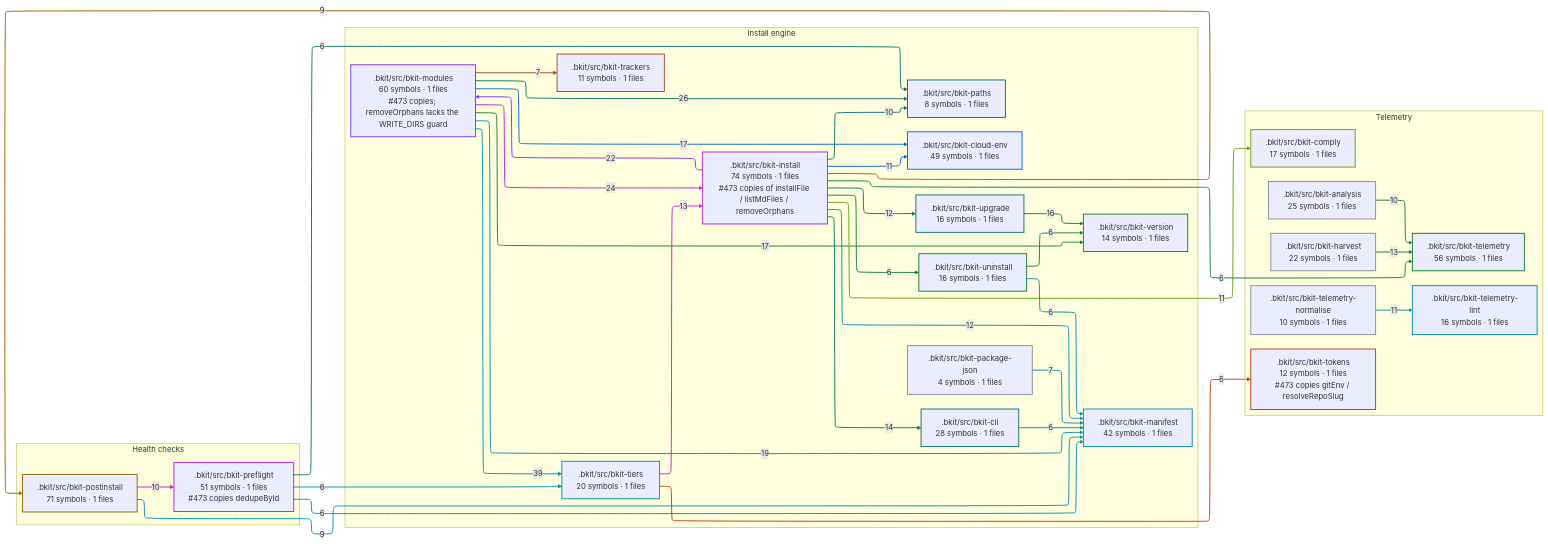
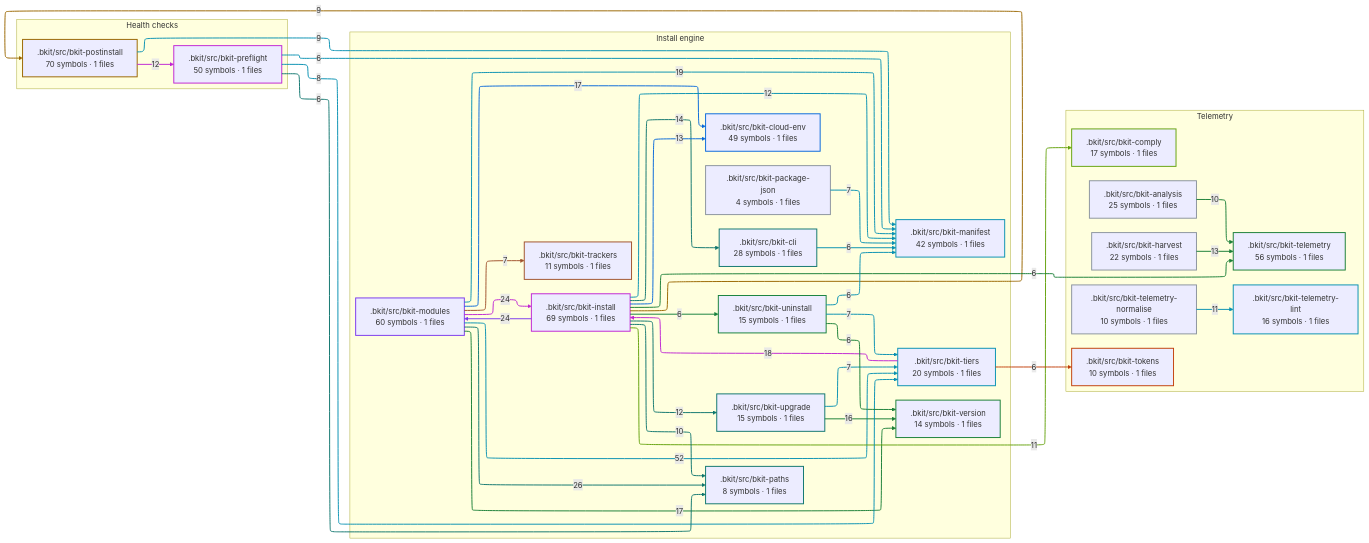
The third of 3 diagrams in docs/capabilities.md (cbartens/bkit), drawn with Mermaid before and after one commit. The commit also changed other lines of this file and 30 other files, not shown here.

First line of the commit message:
fix(502): one copy of each duplicated helper, and .bkit/.env loads export lines

````diff
--- a/docs/capabilities.md
+++ b/docs/capabilities.md
@@ -194,23 +189,23 @@
     useMaxWidth: false
 ---
 flowchart LR
-  %% GENERATED by bkit-graphify-rollup.py from 726e0f32ad125d655edf1085c2fe80a87f4382fb — do not edit
+  %% GENERATED by bkit-graphify-rollup.py from b5a442601f101d27d718aefb99b70868e53623c9 — do not edit
   subgraph gncustom_health_checks["Health checks"]
-    n_bkit_src_bkit_postinstall[".bkit/src/bkit-postinstall<br/>71 symbols · 1 files"]
-    n_bkit_src_bkit_preflight[".bkit/src/bkit-preflight<br/>51 symbols · 1 files<br/>#473 copies dedupeById"]
+    n_bkit_src_bkit_postinstall[".bkit/src/bkit-postinstall<br/>70 symbols · 1 files"]
+    n_bkit_src_bkit_preflight[".bkit/src/bkit-preflight<br/>50 symbols · 1 files"]
   end
   subgraph gncustom_install_engine["Install engine"]
     n_bkit_src_bkit_cli[".bkit/src/bkit-cli<br/>28 symbols · 1 files"]
     n_bkit_src_bkit_cloud_env[".bkit/src/bkit-cloud-env<br/>49 symbols · 1 files"]
-    n_bkit_src_bkit_install[".bkit/src/bkit-install<br/>74 symbols · 1 files<br/>#473 copies of installFile / listMdFiles / removeOrphans"]
+    n_bkit_src_bkit_install[".bkit/src/bkit-install<br/>69 symbols · 1 files"]
     n_bkit_src_bkit_manifest[".bkit/src/bkit-manifest<br/>42 symbols · 1 files"]
-    n_bkit_src_bkit_modules[".bkit/src/bkit-modules<br/>60 symbols · 1 files<br/>#473 copies; removeOrphans lacks the WRITE_DIRS guard"]
+    n_bkit_src_bkit_modules[".bkit/src/bkit-modules<br/>60 symbols · 1 files"]
     n_bkit_src_bkit_package_json[".bkit/src/bkit-package-json<br/>4 symbols · 1 files"]
     n_bkit_src_bkit_paths[".bkit/src/bkit-paths<br/>8 symbols · 1 files"]
     n_bkit_src_bkit_tiers[".bkit/src/bkit-tiers<br/>20 symbols · 1 files"]
     n_bkit_src_bkit_trackers[".bkit/src/bkit-trackers<br/>11 symbols · 1 files"]
-    n_bkit_src_bkit_uninstall[".bkit/src/bkit-uninstall<br/>16 symbols · 1 files"]
-    n_bkit_src_bkit_upgrade[".bkit/src/bkit-upgrade<br/>16 symbols · 1 files"]
+    n_bkit_src_bkit_uninstall[".bkit/src/bkit-uninstall<br/>15 symbols · 1 files"]
+    n_bkit_src_bkit_upgrade[".bkit/src/bkit-upgrade<br/>15 symbols · 1 files"]
     n_bkit_src_bkit_version[".bkit/src/bkit-version<br/>14 symbols · 1 files"]
   end
   subgraph gncustom_telemetry["Telemetry"]
@@ -220,36 +215,38 @@
     n_bkit_src_bkit_telemetry[".bkit/src/bkit-telemetry<br/>56 symbols · 1 files"]
     n_bkit_src_bkit_telemetry_lint[".bkit/src/bkit-telemetry-lint<br/>16 symbols · 1 files"]
     n_bkit_src_bkit_telemetry_normalise[".bkit/src/bkit-telemetry-normalise<br/>10 symbols · 1 files"]
-    n_bkit_src_bkit_tokens[".bkit/src/bkit-tokens<br/>12 symbols · 1 files<br/>#473 copies gitEnv / resolveRepoSlug"]
+    n_bkit_src_bkit_tokens[".bkit/src/bkit-tokens<br/>10 symbols · 1 files"]
   end
-  n_bkit_src_bkit_modules -->|39| n_bkit_src_bkit_tiers
+  n_bkit_src_bkit_modules -->|52| n_bkit_src_bkit_tiers
   n_bkit_src_bkit_modules -->|26| n_bkit_src_bkit_paths
+  n_bkit_src_bkit_install -->|24| n_bkit_src_bkit_modules
   n_bkit_src_bkit_modules -->|24| n_bkit_src_bkit_install
-  n_bkit_src_bkit_install -->|22| n_bkit_src_bkit_modules
   n_bkit_src_bkit_modules -->|19| n_bkit_src_bkit_manifest
+  n_bkit_src_bkit_tiers -->|18| n_bkit_src_bkit_install
   n_bkit_src_bkit_modules -->|17| n_bkit_src_bkit_cloud_env
   n_bkit_src_bkit_modules -->|17| n_bkit_src_bkit_version
   n_bkit_src_bkit_upgrade -->|16| n_bkit_src_bkit_version
   n_bkit_src_bkit_install -->|14| n_bkit_src_bkit_cli
   n_bkit_src_bkit_harvest -->|13| n_bkit_src_bkit_telemetry
-  n_bkit_src_bkit_tiers -->|13| n_bkit_src_bkit_install
+  n_bkit_src_bkit_install -->|13| n_bkit_src_bkit_cloud_env
   n_bkit_src_bkit_install -->|12| n_bkit_src_bkit_upgrade
   n_bkit_src_bkit_install -->|12| n_bkit_src_bkit_manifest
+  n_bkit_src_bkit_postinstall -->|12| n_bkit_src_bkit_preflight
   n_bkit_src_bkit_install -->|11| n_bkit_src_bkit_comply
-  n_bkit_src_bkit_install -->|11| n_bkit_src_bkit_cloud_env
   n_bkit_src_bkit_telemetry_normalise -->|11| n_bkit_src_bkit_telemetry_lint
   n_bkit_src_bkit_analysis -->|10| n_bkit_src_bkit_telemetry
   n_bkit_src_bkit_install -->|10| n_bkit_src_bkit_paths
-  n_bkit_src_bkit_postinstall -->|10| n_bkit_src_bkit_preflight
   n_bkit_src_bkit_install -->|9| n_bkit_src_bkit_postinstall
   n_bkit_src_bkit_postinstall -->|9| n_bkit_src_bkit_manifest
+  n_bkit_src_bkit_preflight -->|8| n_bkit_src_bkit_tiers
   n_bkit_src_bkit_modules -->|7| n_bkit_src_bkit_trackers
   n_bkit_src_bkit_package_json -->|7| n_bkit_src_bkit_manifest
+  n_bkit_src_bkit_uninstall -->|7| n_bkit_src_bkit_tiers
+  n_bkit_src_bkit_upgrade -->|7| n_bkit_src_bkit_tiers
   n_bkit_src_bkit_cli -->|6| n_bkit_src_bkit_manifest
   n_bkit_src_bkit_install -->|6| n_bkit_src_bkit_telemetry
   n_bkit_src_bkit_install -->|6| n_bkit_src_bkit_uninstall
   n_bkit_src_bkit_preflight -->|6| n_bkit_src_bkit_paths
-  n_bkit_src_bkit_preflight -->|6| n_bkit_src_bkit_tiers
   n_bkit_src_bkit_preflight -->|6| n_bkit_src_bkit_manifest
   n_bkit_src_bkit_tiers -->|6| n_bkit_src_bkit_tokens
   n_bkit_src_bkit_uninstall -->|6| n_bkit_src_bkit_manifest
@@ -277,34 +274,36 @@
   style n_bkit_src_bkit_tokens stroke:#c2410c,stroke-width:2px
   linkStyle 0 stroke:#0891b2,stroke-width:2px
   linkStyle 1 stroke:#0f766e,stroke-width:2px
-  linkStyle 2 stroke:#c026d3,stroke-width:2px
-  linkStyle 3 stroke:#7c3aed,stroke-width:2px
+  linkStyle 2 stroke:#7c3aed,stroke-width:2px
+  linkStyle 3 stroke:#c026d3,stroke-width:2px
   linkStyle 4 stroke:#0891b2,stroke-width:2px
-  linkStyle 5 stroke:#0969da,stroke-width:2px
-  linkStyle 6 stroke:#1a7f37,stroke-width:2px
+  linkStyle 5 stroke:#c026d3,stroke-width:2px
+  linkStyle 6 stroke:#0969da,stroke-width:2px
   linkStyle 7 stroke:#1a7f37,stroke-width:2px
-  linkStyle 8 stroke:#0f766e,stroke-width:2px
-  linkStyle 9 stroke:#1a7f37,stroke-width:2px
-  linkStyle 10 stroke:#c026d3,stroke-width:2px
-  linkStyle 11 stroke:#0f766e,stroke-width:2px
-  linkStyle 12 stroke:#0891b2,stroke-width:2px
-  linkStyle 13 stroke:#65a30d,stroke-width:2px
-  linkStyle 14 stroke:#0969da,stroke-width:2px
-  linkStyle 15 stroke:#0891b2,stroke-width:2px
-  linkStyle 16 stroke:#1a7f37,stroke-width:2px
-  linkStyle 17 stroke:#0f766e,stroke-width:2px
-  linkStyle 18 stroke:#c026d3,stroke-width:2px
+  linkStyle 8 stroke:#1a7f37,stroke-width:2px
+  linkStyle 9 stroke:#0f766e,stroke-width:2px
+  linkStyle 10 stroke:#1a7f37,stroke-width:2px
+  linkStyle 11 stroke:#0969da,stroke-width:2px
+  linkStyle 12 stroke:#0f766e,stroke-width:2px
+  linkStyle 13 stroke:#0891b2,stroke-width:2px
+  linkStyle 14 stroke:#c026d3,stroke-width:2px
+  linkStyle 15 stroke:#65a30d,stroke-width:2px
+  linkStyle 16 stroke:#0891b2,stroke-width:2px
+  linkStyle 17 stroke:#1a7f37,stroke-width:2px
+  linkStyle 18 stroke:#0f766e,stroke-width:2px
   linkStyle 19 stroke:#9a6700,stroke-width:2px
   linkStyle 20 stroke:#0891b2,stroke-width:2px
-  linkStyle 21 stroke:#a0522d,stroke-width:2px
-  linkStyle 22 stroke:#0891b2,stroke-width:2px
+  linkStyle 21 stroke:#0891b2,stroke-width:2px
+  linkStyle 22 stroke:#a0522d,stroke-width:2px
   linkStyle 23 stroke:#0891b2,stroke-width:2px
-  linkStyle 24 stroke:#1a7f37,stroke-width:2px
-  linkStyle 25 stroke:#15803d,stroke-width:2px
-  linkStyle 26 stroke:#0f766e,stroke-width:2px
-  linkStyle 27 stroke:#0891b2,stroke-width:2px
-  linkStyle 28 stroke:#0891b2,stroke-width:2px
-  linkStyle 29 stroke:#c2410c,stroke-width:2px
+  linkStyle 24 stroke:#0891b2,stroke-width:2px
+  linkStyle 25 stroke:#0891b2,stroke-width:2px
+  linkStyle 26 stroke:#0891b2,stroke-width:2px
+  linkStyle 27 stroke:#1a7f37,stroke-width:2px
+  linkStyle 28 stroke:#15803d,stroke-width:2px
+  linkStyle 29 stroke:#0f766e,stroke-width:2px
   linkStyle 30 stroke:#0891b2,stroke-width:2px
-  linkStyle 31 stroke:#1a7f37,stroke-width:2px
+  linkStyle 31 stroke:#c2410c,stroke-width:2px
+  linkStyle 32 stroke:#0891b2,stroke-width:2px
+  linkStyle 33 stroke:#1a7f37,stroke-width:2px
 ```
````
